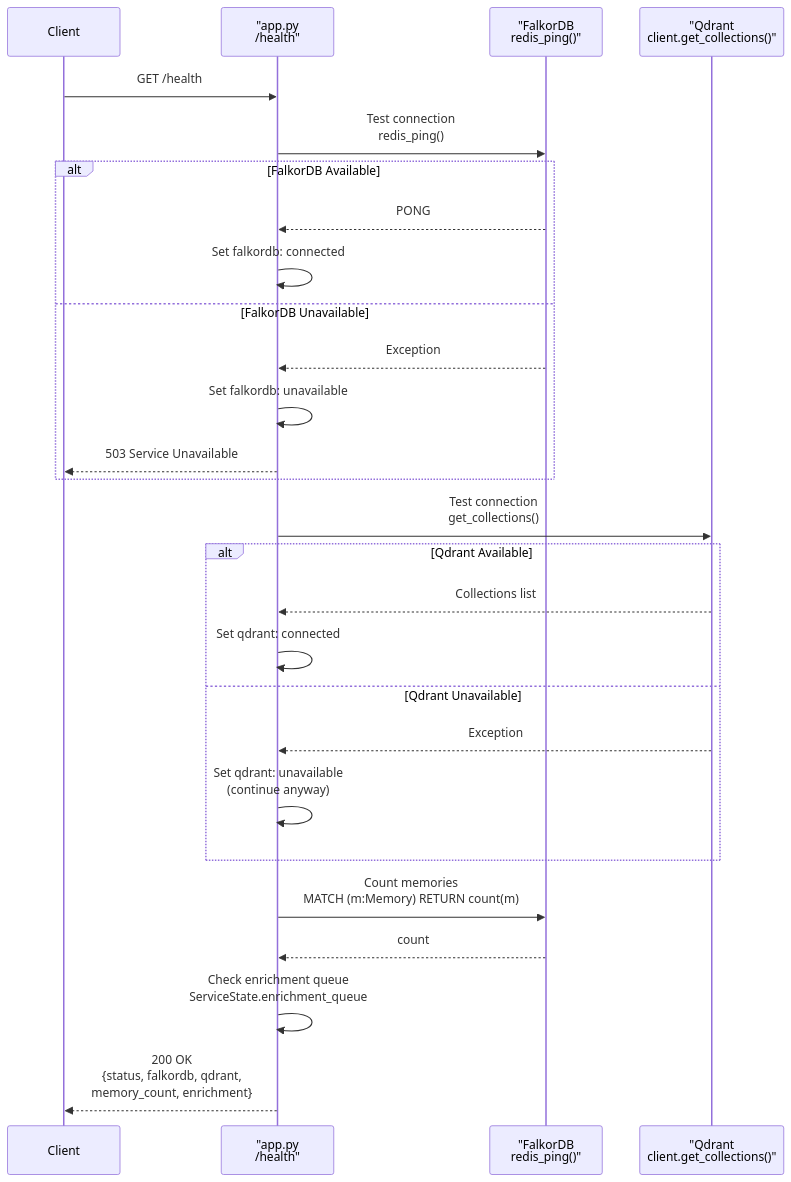
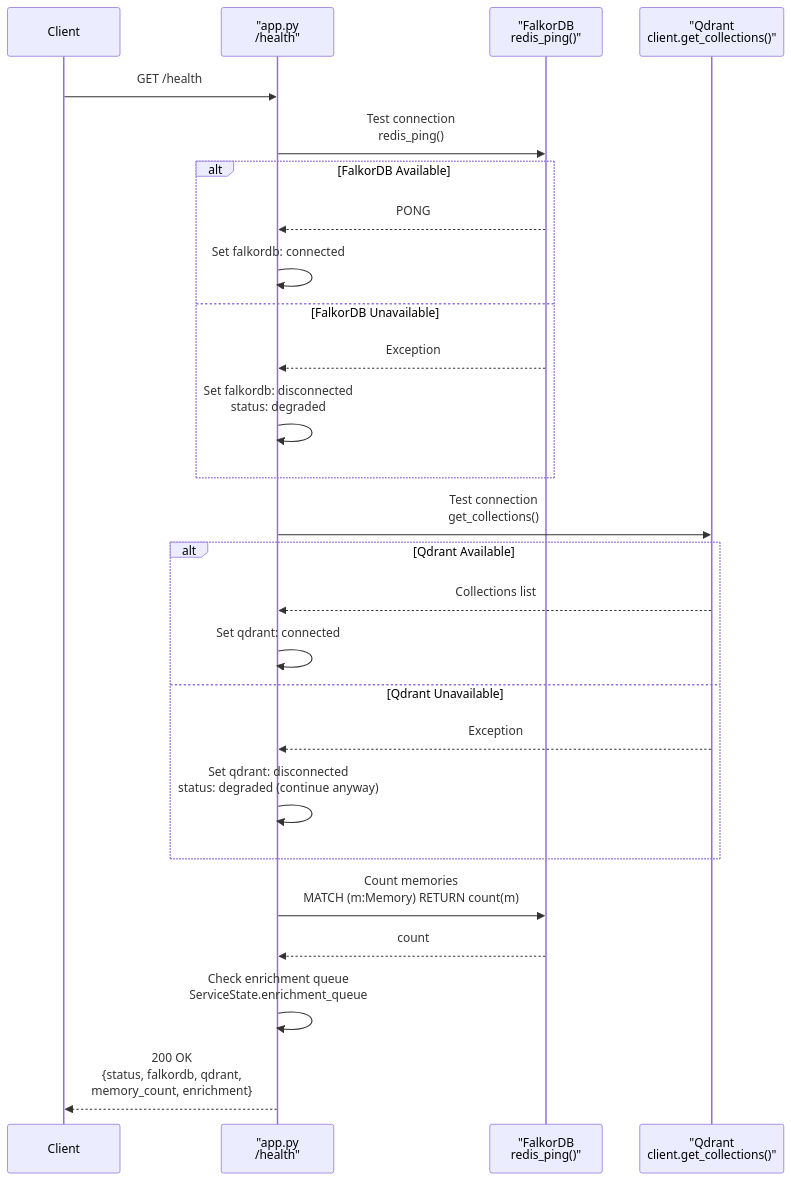
One commit to verygoodplugins/automem-website changed the second of 3 diagrams in src/content/docs/docs/deployment/railway.md. Above: the diagram before and after it, drawn with Mermaid. The commit also changed other lines of this file, not shown here.

Commit message:
docs: fix drift in Railway Deployment
Corrects three claims against automem@8ff266e:
- architecture diagram labelled memory-service "Flask + Gunicorn"; gunicorn
  is in neither the Dockerfile nor requirements (CMD is python app.py)
- health sequence diagram showed a 503 branch; /health has no non-200 path
- health sequence set falkordb/qdrant to "unavailable"; the real values
  are "connected" / "disconnected", with status flipping to "degraded"

Claude-Session: https://claude.ai/code/session_019Y3LbXh9Nn2xMybf9qx6ky

````diff
--- a/src/content/docs/docs/deployment/railway.md
+++ b/src/content/docs/docs/deployment/railway.md
@@ -197,35 +197,34 @@
 ```mermaid
 sequenceDiagram
     participant Client
     participant API as "app.py<br/>/health"
     participant Falkor as "FalkorDB<br/>redis_ping()"
     participant Qdrant as "Qdrant<br/>client.get_collections()"
 
     Client->>API: GET /health
 
     API->>Falkor: Test connection<br/>redis_ping()
     alt FalkorDB Available
         Falkor-->>API: PONG
         API->>API: Set falkordb: connected
     else FalkorDB Unavailable
         Falkor-->>API: Exception
-        API->>API: Set falkordb: unavailable
-        API-->>Client: 503 Service Unavailable
+        API->>API: Set falkordb: disconnected<br/>status: degraded
     end
 
     API->>Qdrant: Test connection<br/>get_collections()
     alt Qdrant Available
         Qdrant-->>API: Collections list
         API->>API: Set qdrant: connected
     else Qdrant Unavailable
         Qdrant-->>API: Exception
-        API->>API: Set qdrant: unavailable<br/>(continue anyway)
+        API->>API: Set qdrant: disconnected<br/>status: degraded (continue anyway)
     end
 
     API->>Falkor: Count memories<br/>MATCH (m:Memory) RETURN count(m)
     Falkor-->>API: count
 
     API->>API: Check enrichment queue<br/>ServiceState.enrichment_queue
 
     API-->>Client: 200 OK<br/>{status, falkordb, qdrant,<br/>memory_count, enrichment}
 ```
````
